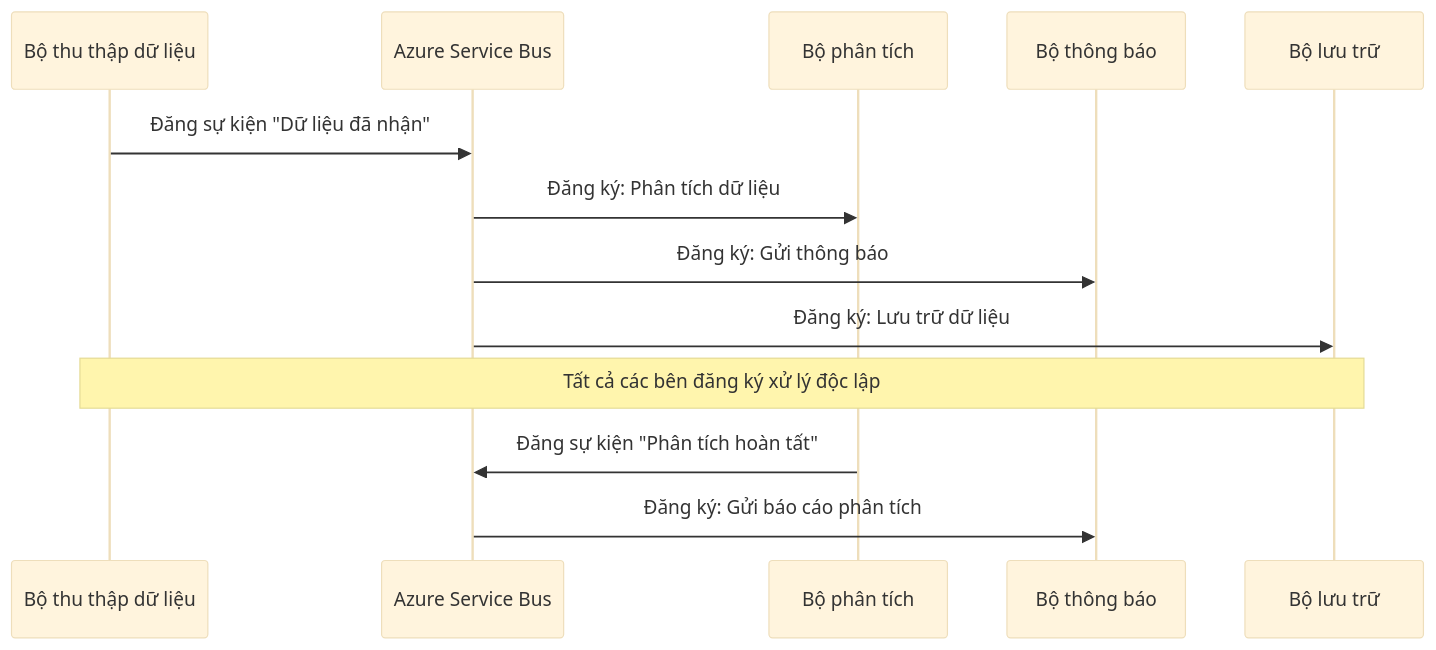
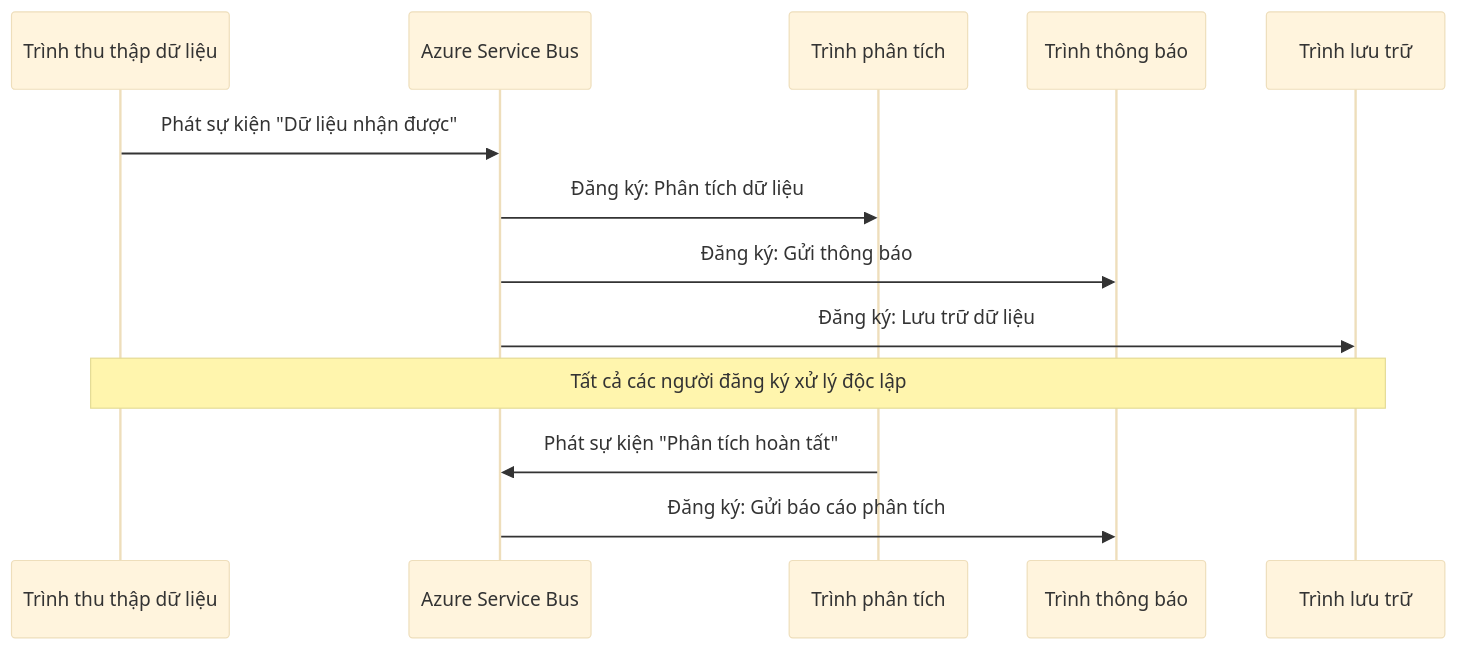
One commit to microsoft/AZD-for-beginners changed the fourth of 6 diagrams in translations/vi/docs/chapter-06-pre-deployment/coordination-patterns.md. Above: the diagram before and after it, drawn with Mermaid (base theme). The commit also changed other lines of this file and 101 other files, not shown here.

````diff
--- a/translations/vi/docs/chapter-06-pre-deployment/coordination-patterns.md
+++ b/translations/vi/docs/chapter-06-pre-deployment/coordination-patterns.md
@@ -191,18 +185,18 @@
 ```mermaid
 sequenceDiagram
-    participant Agent1 as Bộ thu thập dữ liệu
+    participant Agent1 as Trình thu thập dữ liệu
     participant EventBus as Azure Service Bus
-    participant Agent2 as Bộ phân tích
-    participant Agent3 as Bộ thông báo
-    participant Agent4 as Bộ lưu trữ
+    participant Agent2 as Trình phân tích
+    participant Agent3 as Trình thông báo
+    participant Agent4 as Trình lưu trữ
     
-    Agent1->>EventBus: Đăng sự kiện "Dữ liệu đã nhận"
+    Agent1->>EventBus: Phát sự kiện "Dữ liệu nhận được"
     EventBus->>Agent2: Đăng ký: Phân tích dữ liệu
     EventBus->>Agent3: Đăng ký: Gửi thông báo
     EventBus->>Agent4: Đăng ký: Lưu trữ dữ liệu
     
-    Note over Agent1,Agent4: Tất cả các bên đăng ký xử lý độc lập
+    Note over Agent1,Agent4: Tất cả các người đăng ký xử lý độc lập
     
-    Agent2->>EventBus: Đăng sự kiện "Phân tích hoàn tất"
+    Agent2->>EventBus: Phát sự kiện "Phân tích hoàn tất"
     EventBus->>Agent3: Đăng ký: Gửi báo cáo phân tích
 ```
````
